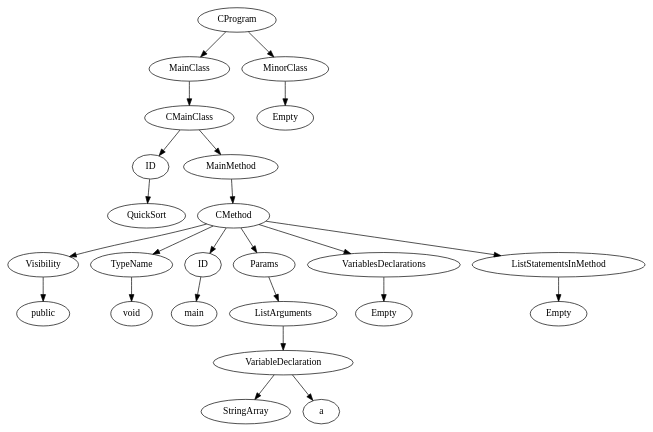
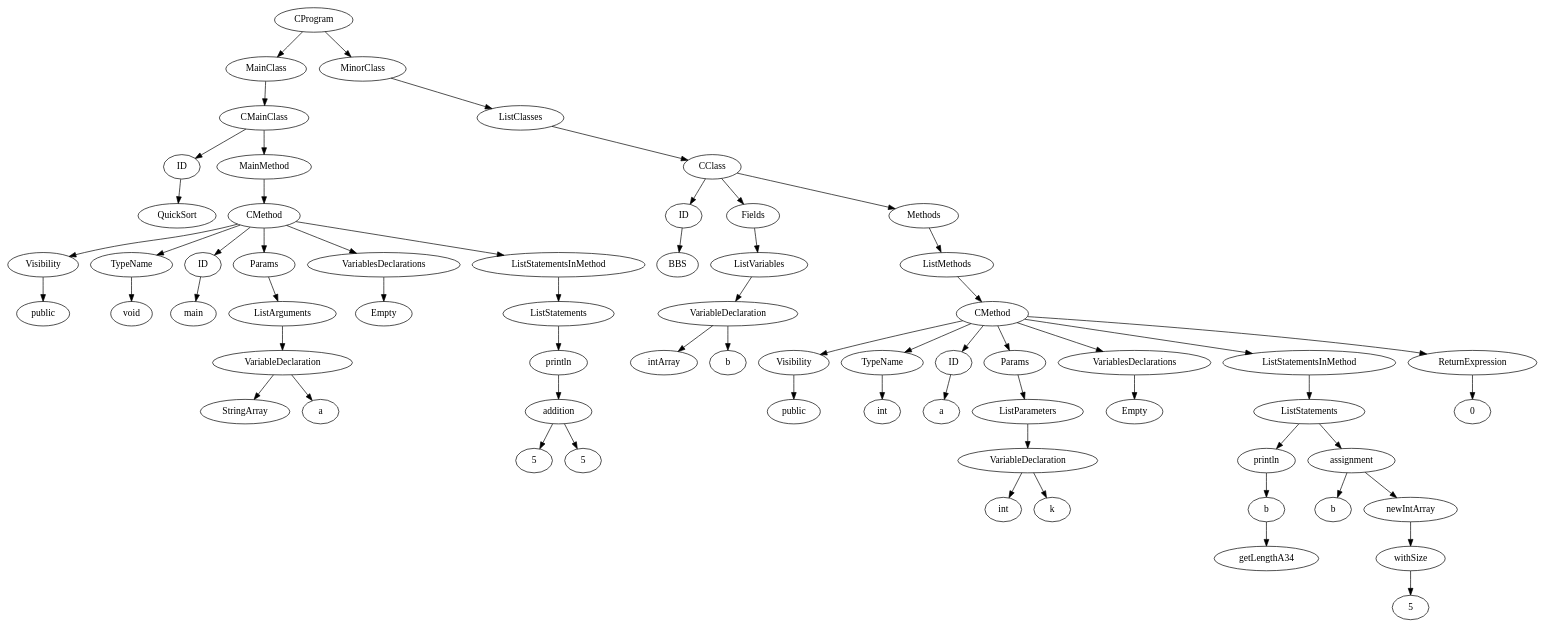
Before and after one commit to krivchnik/ProtivoGaZiK: the diagram in graph.dot, drawn with Graphviz. The commit also changed 4 other files, not shown here.

```diff
--- a/graph.dot
+++ b/graph.dot
@@ -1,13 +1,34 @@
 digraph task1 {
 	{CProgramA1[label="CProgram"]} -> {MainClassA1[label="MainClass"]} -> {CMainClassA2[label="CMainClass"]} -> {IDA2[label="ID"]} -> {A3[label="QuickSort"]};
 	{CMainClassA2[label="CMainClass"]} -> {MainMethodA2[label="MainMethod"]} -> {CMethodA4[label="CMethod"]} -> {VisibilityA4[label="Visibility"]} -> {publicA4[label="public"]};
 	{CMethodA4[label="CMethod"]} -> {TypeNameA4[label="TypeName"]} -> {voidA4[label="void"]};
 	{CMethodA4[label="CMethod"]} -> {IDA4[label="ID"]} -> {A5[label="main"]};
 	{CMethodA4[label="CMethod"]} -> {ParamsA4[label="Params"]} -> {ListA6[label="ListArguments"]} -> {VariableDeclarationA7[label="VariableDeclaration"]} -> {StringArrayA8[label="StringArray"]};
 	{VariableDeclarationA7[label="VariableDeclaration"]} -> {aA9[label="a"]};
 	{CMethodA4[label="CMethod"]} -> {VariablesDeclarationsA4[label="VariablesDeclarations"]} -> {EmptyA10[label="Empty"]};
-	{CMethodA4[label="CMethod"]} -> {ListStatementsInMethodA4[label="ListStatementsInMethod"]} -> {EmptyA11[label="Empty"]};
-	{CProgramA1[label="CProgram"]} -> {MinorClassA1[label="MinorClass"]} -> {EmptyA12[label="Empty"]};
+	{CMethodA4[label="CMethod"]} -> {ListStatementsInMethodA4[label="ListStatementsInMethod"]} -> {ListA11[label="ListStatements"]} -> {printlnA12[label="println"]} -> {additionA13[label="addition"]} -> {NumberA14[label="5"]};
+	{additionA13[label="addition"]} -> {NumberA15[label="5"]};
+	{CProgramA1[label="CProgram"]} -> {MinorClassA1[label="MinorClass"]} -> {ListA16[label="ListClasses"]} -> {CClassA17[label="CClass"]} -> {IDA17[label="ID"]} -> {A18[label="BBS"]};
+	{CClassA17[label="CClass"]} -> {FieldsA17[label="Fields"]} -> {ListA19[label="ListVariables"]} -> {VariableDeclarationA20[label="VariableDeclaration"]} -> {intArrayA21[label="intArray"]};
+	{VariableDeclarationA20[label="VariableDeclaration"]} -> {bA22[label="b"]};
+	{CClassA17[label="CClass"]} -> {MethodsA17[label="Methods"]} -> {ListA23[label="ListMethods"]} -> {CMethodA24[label="CMethod"]} -> {VisibilityA24[label="Visibility"]} -> {publicA24[label="public"]};
+	{CMethodA24[label="CMethod"]} -> {TypeNameA24[label="TypeName"]} -> {intA24[label="int"]};
+	{CMethodA24[label="CMethod"]} -> {IDA24[label="ID"]} -> {A25[label="a"]};
+	{CMethodA24[label="CMethod"]} -> {ParamsA24[label="Params"]} -> {ListA26[label="ListParameters"]} -> {VariableDeclarationA27[label="VariableDeclaration"]} -> {intA28[label="int"]};
+	{VariableDeclarationA27[label="VariableDeclaration"]} -> {kA29[label="k"]};
+	{CMethodA24[label="CMethod"]} -> {VariablesDeclarationsA24[label="VariablesDeclarations"]} -> {EmptyA30[label="Empty"]};
+	{CMethodA24[label="CMethod"]} -> {ListStatementsInMethodA24[label="ListStatementsInMethod"]} -> {ListA31[label="ListStatements"]} -> {printlnA32[label="println"]} -> {A34[label="b"]} -> getLengthA34;
+	{ListA31[label="ListStatements"]} -> {assignmentA35[label="assignment"]} -> {A36[label="b"]};
+	{assignmentA35[label="assignment"]} -> {newIntArrayA37[label="newIntArray"]} -> {withSizeA37[label="withSize"]} -> {NumberA38[label="5"]};
+	{CMethodA24[label="CMethod"]} -> {ReturnExpressionA24[label="ReturnExpression"]} -> {NumberA39[label="0"]};
 	{A3[label="QuickSort"]} [shape=box];
 	{A5[label="main"]} [shape=box];
+	{NumberA14[label="5"]} [shape=box];
+	{NumberA15[label="5"]} [shape=box];
+	{A18[label="BBS"]} [shape=box];
+	{A25[label="a"]} [shape=box];
+	{A34[label="b"]} [shape=box];
+	{A36[label="b"]} [shape=box];
+	{NumberA38[label="5"]} [shape=box];
+	{NumberA39[label="0"]} [shape=box];
 }
```
